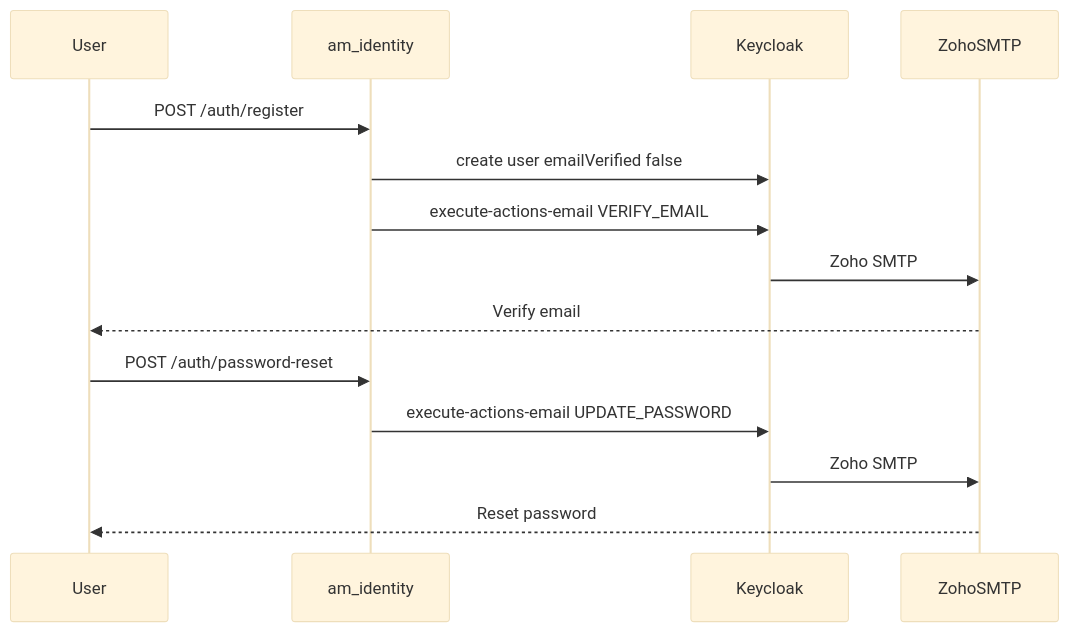
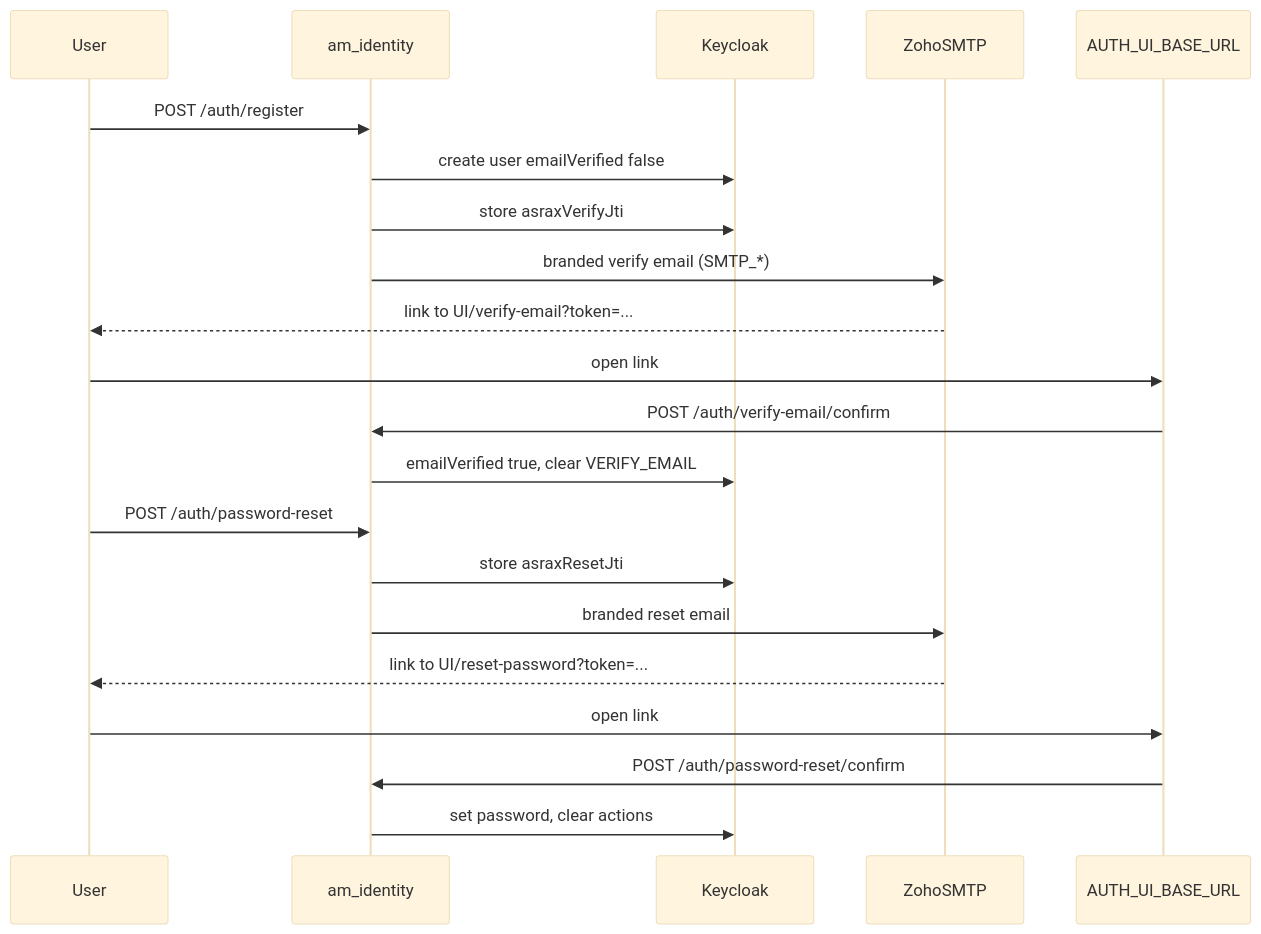
The second of 2 diagrams in docs/features/enterprise-identity-zoho-admin.md (AM-Portfolio/am-platform), drawn with Mermaid (base theme) before and after one commit. The commit also changed other lines of this file and 8 other files, not shown here.

Commit message:
feat(identity): enhance email verification and password reset processes by adding support for short codes and improving request validation; update email templates for better user experience

````diff
--- a/docs/features/enterprise-identity-zoho-admin.md
+++ b/docs/features/enterprise-identity-zoho-admin.md
@@ -167,18 +167,25 @@
 ```mermaid
 sequenceDiagram
   participant User
   participant Identity as am_identity
   participant KC as Keycloak
   participant Mail as ZohoSMTP
+  participant UI as AUTH_UI_BASE_URL
 
   User->>Identity: POST /auth/register
   Identity->>KC: create user emailVerified false
-  Identity->>KC: execute-actions-email VERIFY_EMAIL
-  KC->>Mail: Zoho SMTP
-  Mail-->>User: Verify email
+  Identity->>KC: store asraxVerifyJti
+  Identity->>Mail: branded verify email (SMTP_*)
+  Mail-->>User: link to UI/verify-email?token=...
+  User->>UI: open link
+  UI->>Identity: POST /auth/verify-email/confirm
+  Identity->>KC: emailVerified true, clear VERIFY_EMAIL
 
   User->>Identity: POST /auth/password-reset
-  Identity->>KC: execute-actions-email UPDATE_PASSWORD
-  KC->>Mail: Zoho SMTP
-  Mail-->>User: Reset password
+  Identity->>KC: store asraxResetJti
+  Identity->>Mail: branded reset email
+  Mail-->>User: link to UI/reset-password?token=...
+  User->>UI: open link
+  UI->>Identity: POST /auth/password-reset/confirm
+  Identity->>KC: set password, clear actions
 ```
````
